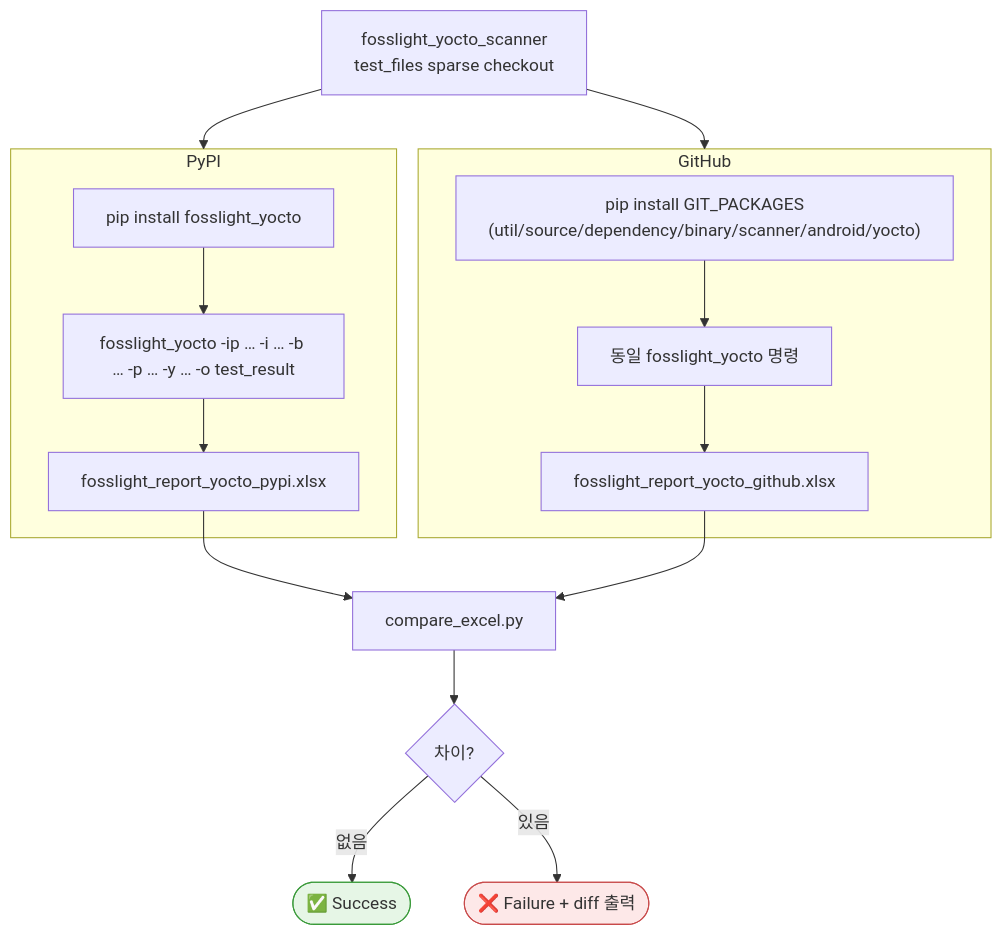
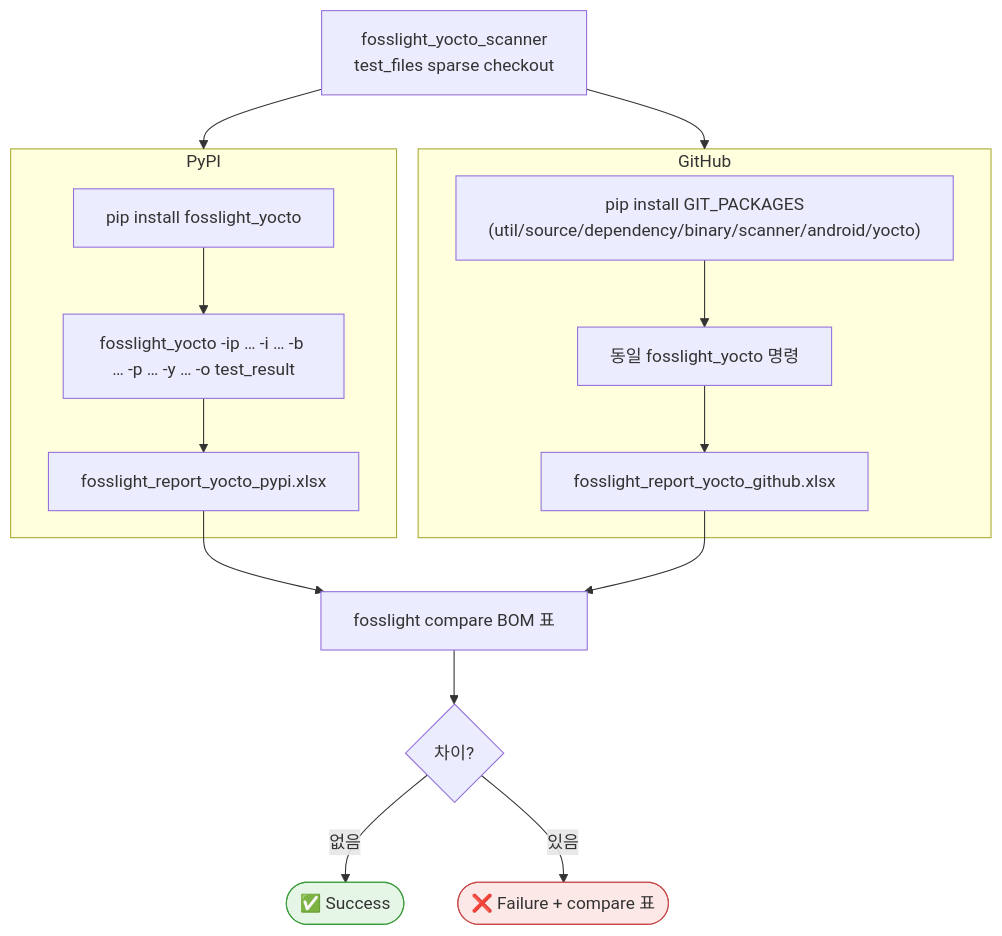
Before and after one commit to fosslight/fosslight_scanner_test: the second of 3 diagrams in docs/flowchart.md, drawn with Mermaid. The commit also changed other lines of this file and 7 other files, not shown here.

First line of the commit message:
Use fosslight compare BOM results as the primary comparison table output.

````diff
--- a/docs/flowchart.md
+++ b/docs/flowchart.md
@@ -63,28 +63,28 @@
 ```mermaid
 flowchart TD
     Fetch[fosslight_yocto_scanner<br/>test_files sparse checkout] --> PyPI
     Fetch --> GitHub
 
     subgraph PyPI["PyPI"]
         P1["pip install fosslight_yocto"]
         P2["fosslight_yocto -ip … -i … -b … -p … -y … -o test_result"]
         P3[fosslight_report_yocto_pypi.xlsx]
         P1 --> P2 --> P3
     end
 
     subgraph GitHub["GitHub"]
         G1["pip install GIT_PACKAGES<br/>(util/source/dependency/binary/scanner/android/yocto)"]
         G2["동일 fosslight_yocto 명령"]
         G3[fosslight_report_yocto_github.xlsx]
         G1 --> G2 --> G3
     end
 
-    P3 --> Cmp[compare_excel.py]
+    P3 --> Cmp[fosslight compare BOM 표]
     G3 --> Cmp
     Cmp --> Out{차이?}
     Out -->|없음| OK([✅ Success])
-    Out -->|있음| NG([❌ Failure + diff 출력])
+    Out -->|있음| NG([❌ Failure + compare 표])
 
     style OK fill:#e6f6e6,stroke:#3a9a3a
     style NG fill:#fde8e8,stroke:#c84a4a
 ```
````
